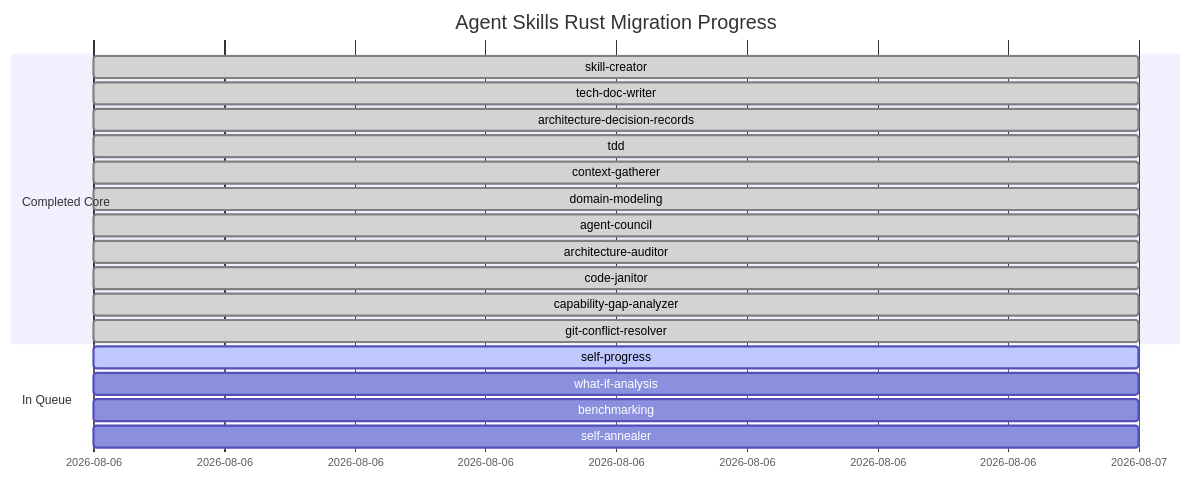
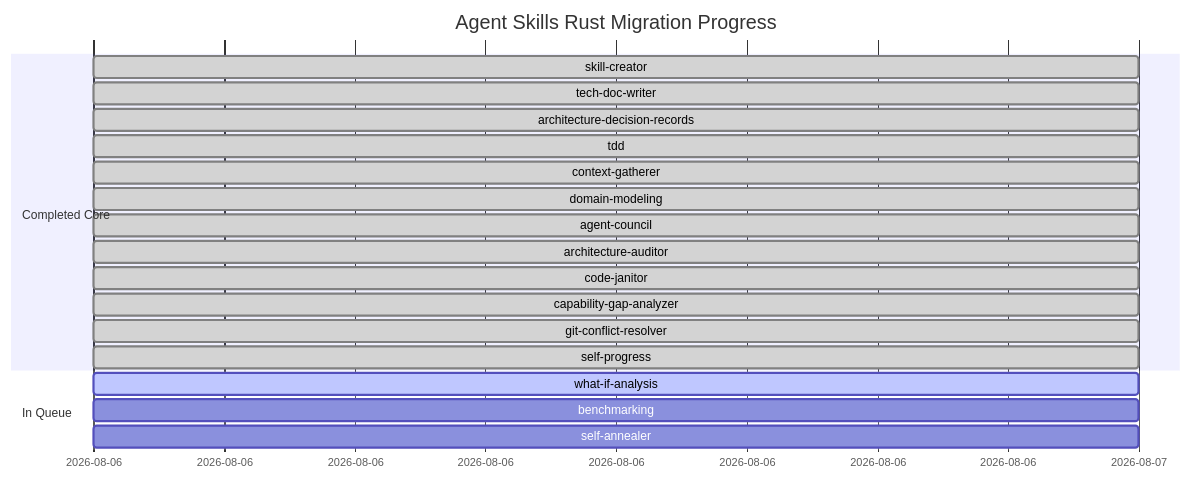
One commit to louis-pvs/agent-skills changed the diagram in docs/migration_progress.md. Above: the diagram before and after it, drawn with Mermaid. The commit also changed other lines of this file and 5 other files, not shown here.

Commit message:
feat(self-progress): migrate skill automation to Rust CLI via TDD protocol

````diff
--- a/docs/migration_progress.md
+++ b/docs/migration_progress.md
@@ -26,22 +26,22 @@
 ```mermaid
 gantt
     title Agent Skills Rust Migration Progress
     dateFormat  YYYY-MM-DD
     section Completed Core
     skill-creator                  :done, 2026-08-06, 1d
     tech-doc-writer                :done, 2026-08-06, 1d
     architecture-decision-records  :done, 2026-08-06, 1d
     tdd                            :done, 2026-08-06, 1d
     context-gatherer               :done, 2026-08-06, 1d
     domain-modeling                :done, 2026-08-06, 1d
     agent-council                  :done, 2026-08-06, 1d
     architecture-auditor           :done, 2026-08-06, 1d
     code-janitor                   :done, 2026-08-06, 1d
     capability-gap-analyzer        :done, 2026-08-06, 1d
     git-conflict-resolver         :done, 2026-08-06, 1d
+    self-progress                  :done, 2026-08-06, 1d
     section In Queue
-    self-progress                  :active, 2026-08-06, 1d
-    what-if-analysis               :2026-08-06, 1d
+    what-if-analysis               :active, 2026-08-06, 1d
     benchmarking                   :2026-08-06, 1d
     self-annealer                  :2026-08-06, 1d
 ```
````
